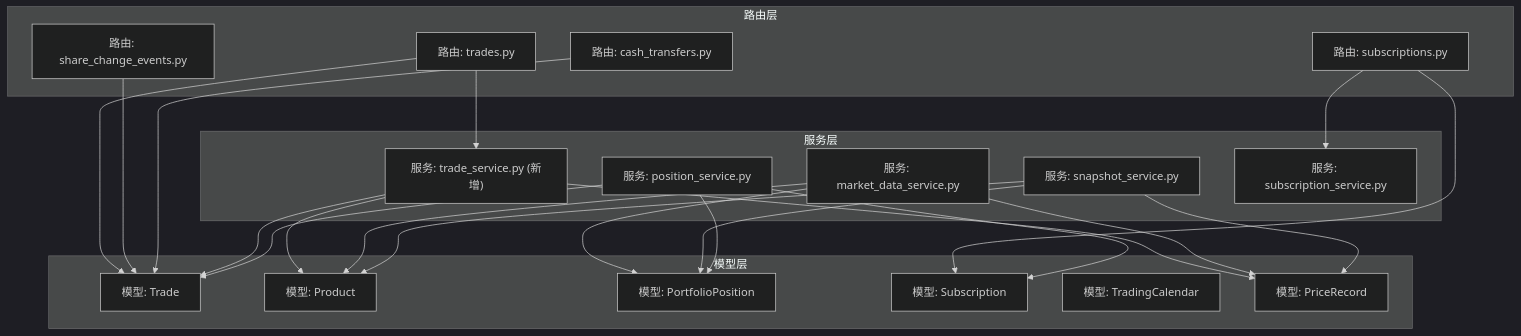
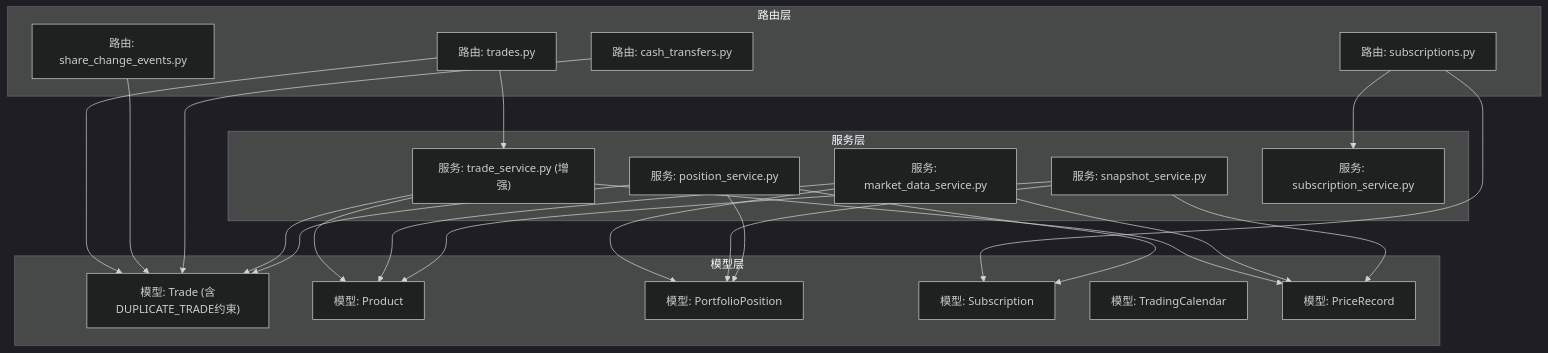
The first of 16 diagrams in .qoder/repowiki/zh/content/核心业务功能/交易处理.md (gujialind/InvestRing), drawn with Mermaid (dark theme) before and after one commit. The commit also changed other lines of this file and 15 other files, not shown here.

````diff
--- a/.qoder/repowiki/zh/content/核心业务功能/交易处理.md
+++ b/.qoder/repowiki/zh/content/核心业务功能/交易处理.md
@@ -57,42 +57,42 @@
 ```mermaid
 graph TB
 subgraph "路由层"
 RTrades["路由: trades.py"]
 RCashTransfers["路由: cash_transfers.py"]
 RSubs["路由: subscriptions.py"]
 REvents["路由: share_change_events.py"]
 end
 subgraph "服务层"
-STrade["服务: trade_service.py (新增)"]
+STrade["服务: trade_service.py (增强)"]
 SMarket["服务: market_data_service.py"]
 SSnapshot["服务: snapshot_service.py"]
 SPos["服务: position_service.py"]
 SSub["服务: subscription_service.py"]
 end
 subgraph "模型层"
-MTrade["模型: Trade"]
+MTrade["模型: Trade (含DUPLICATE_TRADE约束)"]
 MProduct["模型: Product"]
 MPos["模型: PortfolioPosition"]
 MSub["模型: Subscription"]
 MCal["模型: TradingCalendar"]
 MPrice["模型: PriceRecord"]
 end
 RTrades --> MTrade
 RTrades --> STrade
 RSubs --> MSub
 RSubs --> SSub
 REvents --> MTrade
 RCashTransfers --> MTrade
 STrade --> MTrade
 STrade --> MProduct
 STrade --> MPrice
 SMarket --> MPrice
 SMarket --> MProduct
 SMarket --> MPos
 SSnapshot --> MPrice
 SSnapshot --> MProduct
 SSnapshot --> MPos
 SPos --> MPos
 SPos --> MSub
 SPos --> MTrade
 ```
````
